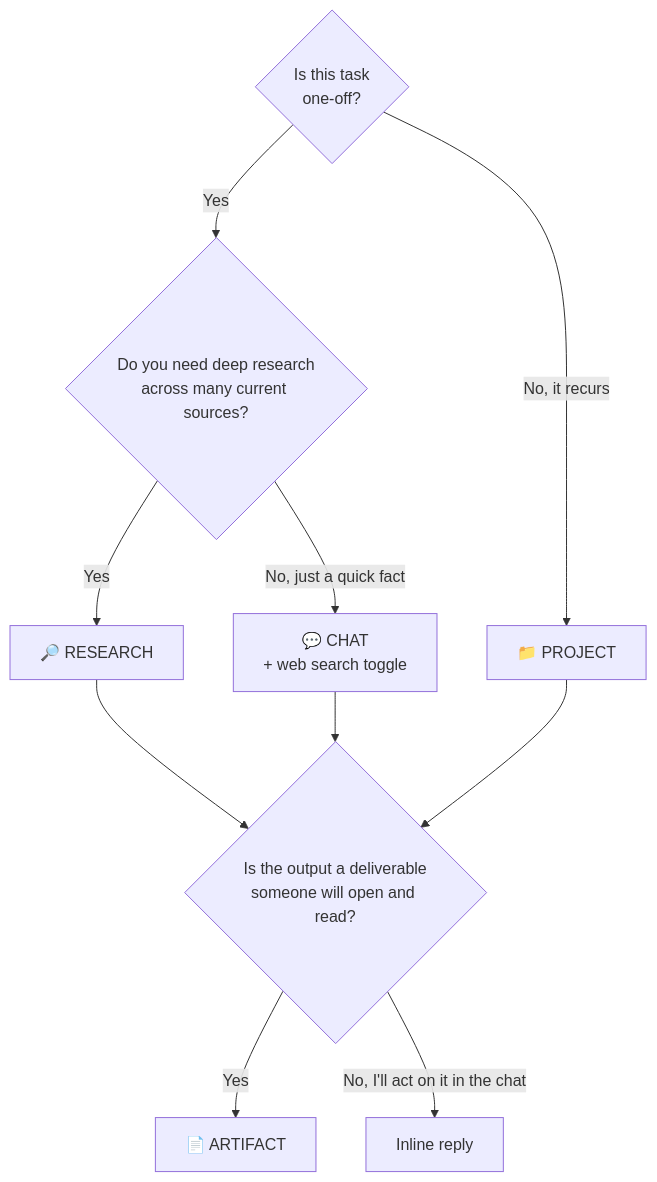
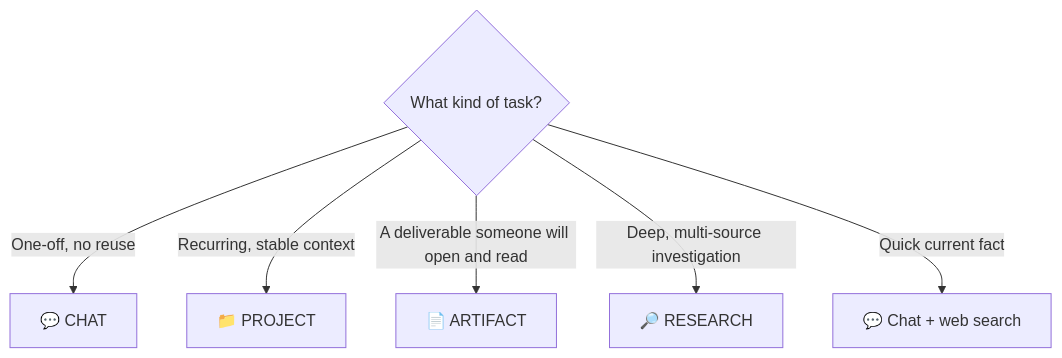
One commit to saurabhSMS1987/Public_Learning-DE-DS-ML-AI changed the third of 7 diagrams in 008 CCAO- F Certification Prep/Module-1-Platform-and-Model-Foundations.md. Above: the diagram before and after it, drawn with Mermaid. The commit also changed other lines of this file and 1 other file, not shown here.

````diff
--- a/008 CCAO- F Certification Prep/Module-1-Platform-and-Model-Foundations.md
+++ b/008 CCAO- F Certification Prep/Module-1-Platform-and-Model-Foundations.md
@@ -108,12 +55,8 @@
 ```mermaid
 flowchart TD
-    Q1{"Is this task<br/>one-off?"} -->|Yes| Q2{"Do you need deep research<br/>across many current sources?"}
-    Q2 -->|Yes| R["🔎 RESEARCH"]
-    Q2 -->|"No, just a quick fact"| C["💬 CHAT<br/>+ web search toggle"]
-    Q1 -->|"No, it recurs"| P["📁 PROJECT"]
-    C --> O{"Is the output a deliverable<br/>someone will open and read?"}
-    P --> O
-    R --> O
-    O -->|Yes| A["📄 ARTIFACT"]
-    O -->|"No, I'll act on it in the chat"| I["Inline reply"]
+    Q{"What kind of task?"} -->|"One-off, no reuse"| C["💬 CHAT"]
+    Q -->|"Recurring, stable context"| P["📁 PROJECT"]
+    Q -->|"A deliverable someone will open and read"| A["📄 ARTIFACT"]
+    Q -->|"Deep, multi-source investigation"| R["🔎 RESEARCH"]
+    Q -->|"Quick current fact"| W["💬 Chat + web search"]
 ```
````
